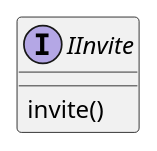
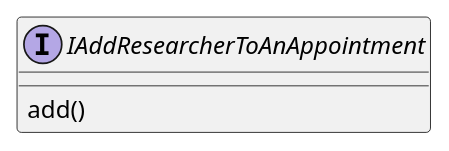
Before and after one commit to bugagashen6ka/quark: the seventh of 14 diagrams in doc/notes_interfaces.org, drawn with PlantUML. The commit also changed other lines of this file and 4 other files, not shown here.

```diff
--- a/doc/notes_interfaces.org
+++ b/doc/notes_interfaces.org
@@ -43,5 +52,5 @@
-  #+begin_src plantuml :file ./iinvite.png
-  interface IInvite {
-    invite()
+  #+begin_src plantuml :file ./iadd_user_to_an_appointment.png
+  interface IAddResearcherToAnAppointment {
+    add()
   }
   #+END_src
```
